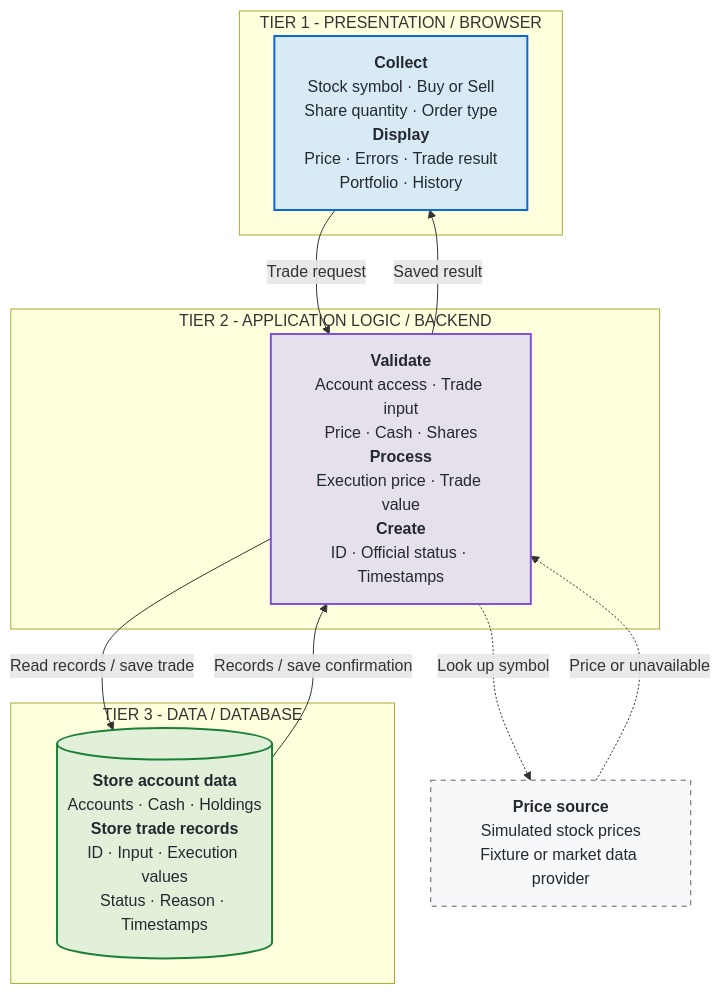
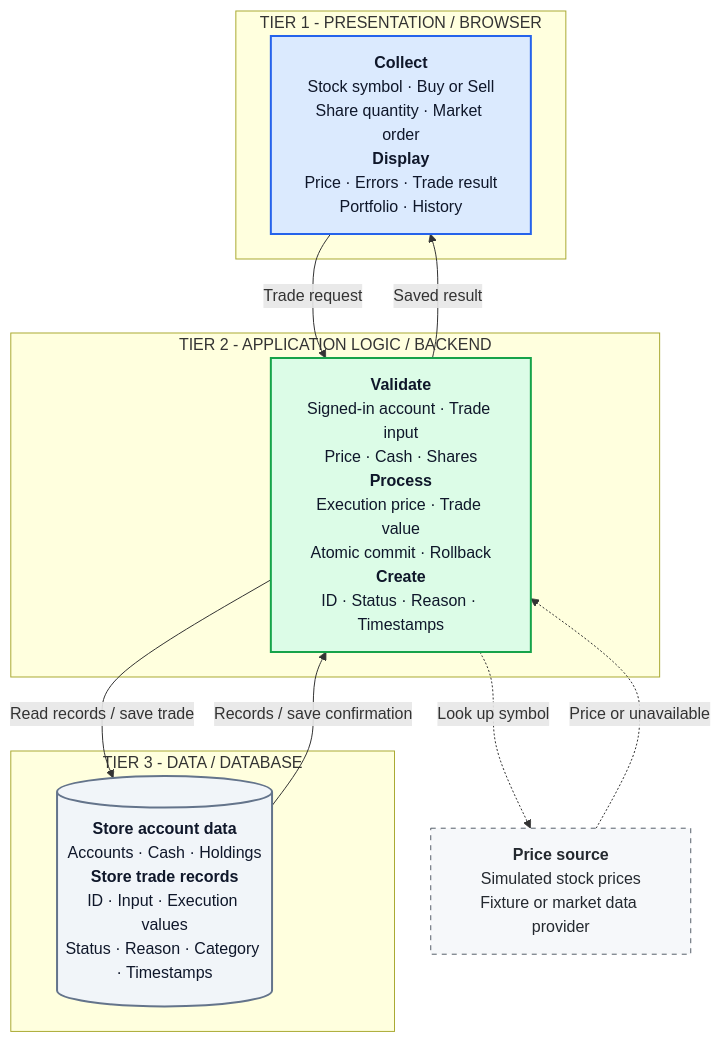
The diagram in docs/03-system-design/architecture.md (AustinNguyen1/MIS3371-Section10129-Group14), drawn with Mermaid before and after one commit. The commit also changed other lines of this file and 28 other files, not shown here.

````diff
--- a/docs/03-system-design/architecture.md
+++ b/docs/03-system-design/architecture.md
@@ -5,53 +5,54 @@
 ```mermaid
 flowchart TB
     subgraph PRESENTATION["TIER 1 - PRESENTATION / BROWSER"]
         UI["`**Collect**
 Stock symbol · Buy or Sell
-Share quantity · Order type
+Share quantity · Market order
 
 **Display**
 Price · Errors · Trade result
 Portfolio · History`"]
     end
 
     subgraph APPLICATION["TIER 2 - APPLICATION LOGIC / BACKEND"]
         APP["`**Validate**
-Account access · Trade input
+Signed-in account · Trade input
 Price · Cash · Shares
 
 **Process**
 Execution price · Trade value
+Atomic commit · Rollback
 
 **Create**
-ID · Official status · Timestamps`"]
+ID · Status · Reason · Timestamps`"]
     end
 
     subgraph DATA["TIER 3 - DATA / DATABASE"]
         DB[("`**Store account data**
 Accounts · Cash · Holdings
 
 **Store trade records**
 ID · Input · Execution values
-Status · Reason · Timestamps`")]
+Status · Reason · Category · Timestamps`")]
     end
 
     PRICE["`**Price source**
 Simulated stock prices
 Fixture or market data provider`"]
 
     UI -- "Trade request" --> APP
     APP -- "Saved result" --> UI
     APP -- "Read records / save trade" --> DB
     DB -- "Records / save confirmation" --> APP
     APP -. "Look up symbol" .-> PRICE
     PRICE -. "Price or unavailable" .-> APP
 
-    classDef presentation fill:#d9eaf7,stroke:#0969da,color:#24292f,stroke-width:2px
-    classDef application fill:#e5e0ec,stroke:#8250df,color:#24292f,stroke-width:2px
-    classDef data fill:#e2f0d9,stroke:#1a7f37,color:#24292f,stroke-width:2px
+    classDef presentation fill:#dbeafe,stroke:#2563eb,color:#0f172a,stroke-width:2px
+    classDef application fill:#dcfce7,stroke:#16a34a,color:#0f172a,stroke-width:2px
+    classDef data fill:#f1f5f9,stroke:#64748b,color:#0f172a,stroke-width:2px
     classDef dependency fill:#f6f8fa,stroke:#57606a,color:#24292f,stroke-dasharray:5 5
     class UI presentation
     class APP application
     class DB data
     class PRICE dependency
 ```
````
